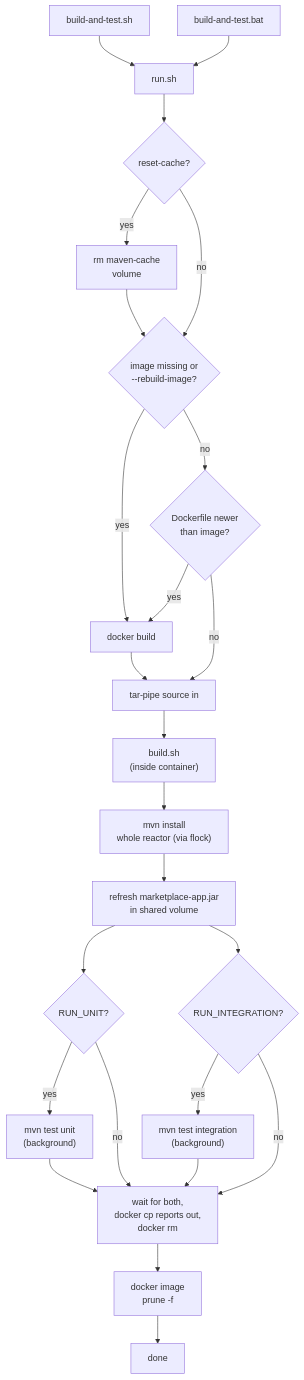
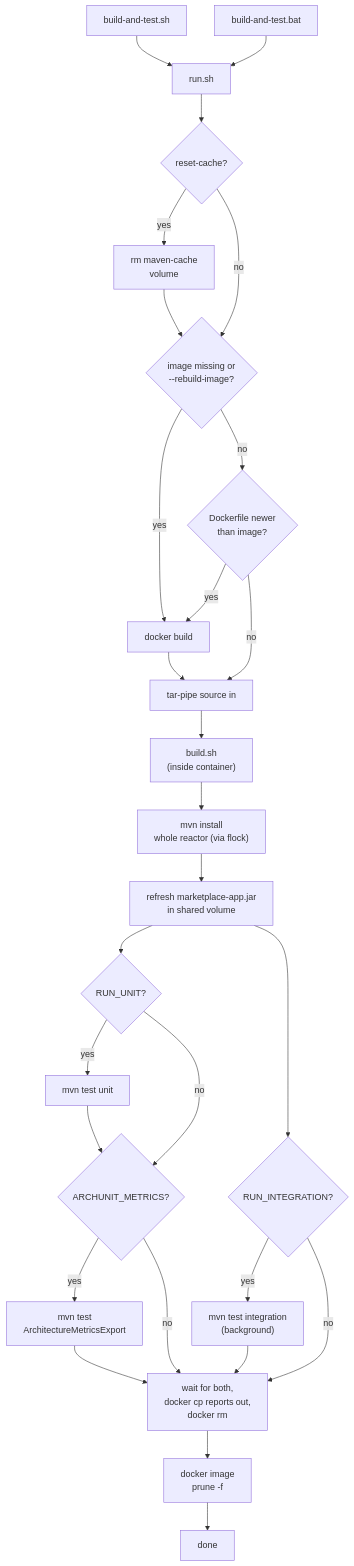
Before and after one commit to OstMutant/Advertisement: the diagram in scripts/build-and-test/README.md, drawn with Mermaid. The commit also changed other lines of this file and 13 other files, not shown here.

````diff
--- a/scripts/build-and-test/README.md
+++ b/scripts/build-and-test/README.md
@@ -20,23 +20,25 @@
 ```mermaid
 flowchart TD
     A1[build-and-test.sh] --> R[run.sh]
     A2[build-and-test.bat] --> R
     R --> B{"reset-cache?"}
     B -->|yes| B1["rm maven-cache<br/>volume"] --> C
     B -->|no| C{"image missing or<br/>--rebuild-image?"}
     C -->|yes| C1[docker build] --> E
     C -->|no| D{"Dockerfile newer<br/>than image?"}
     D -->|yes| C1
     D -->|no| E[tar-pipe source in]
     E --> F["build.sh<br/>(inside container)"]
     F --> G["mvn install<br/>whole reactor (via flock)"]
     G --> H["refresh marketplace-app.jar<br/>in shared volume"]
     H --> I{"RUN_UNIT?"}
     H --> J{"RUN_INTEGRATION?"}
-    I -->|yes| I1["mvn test unit<br/>(background)"] --> M
-    I -->|no| M
+    I -->|yes| I1["mvn test unit"] --> I2{"ARCHUNIT_METRICS?"}
+    I -->|no| I2
+    I2 -->|yes| I3["mvn test<br/>ArchitectureMetricsExport"] --> M
+    I2 -->|no| M
     J -->|yes| J1["mvn test integration<br/>(background)"] --> M
     J -->|no| M
     M["wait for both,<br/>docker cp reports out,<br/>docker rm"] --> K["docker image<br/>prune -f"]
     K --> Z[done]
 ```
````
